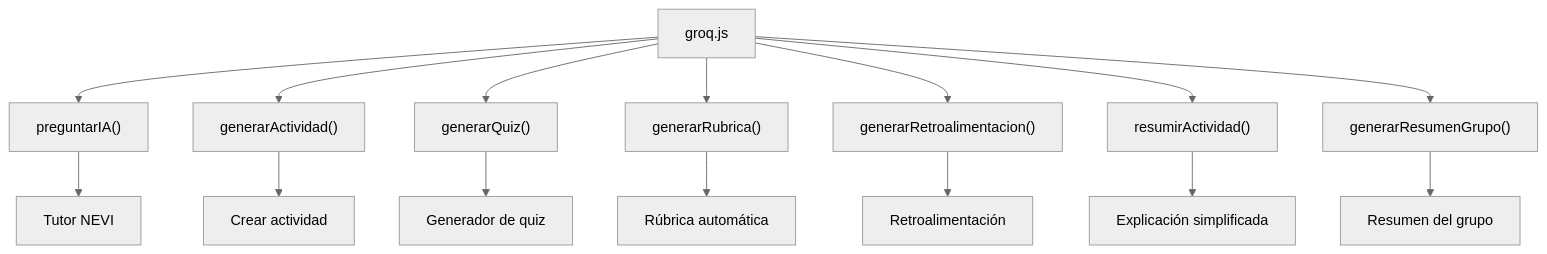
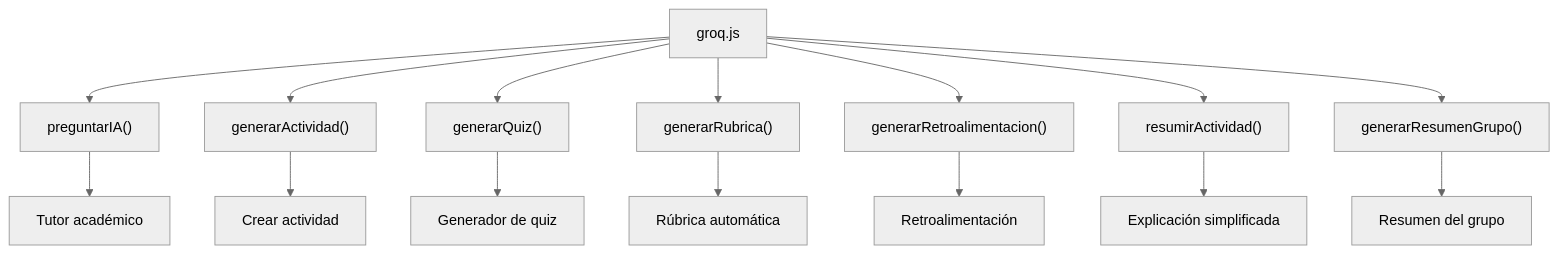
The eighth of 10 diagrams in dossier/08-c4-Trazabilidad.md (pinzon0930-boop/NEVI), drawn with Mermaid (neutral theme) before and after one commit. The commit also changed other lines of this file, not shown here.

````diff
--- a/dossier/08-c4-Trazabilidad.md
+++ b/dossier/08-c4-Trazabilidad.md
@@ -358,21 +388,21 @@
 ```mermaid
 flowchart TD
 
     G["groq.js"]
 
     G --> A["preguntarIA()"]
     G --> B["generarActividad()"]
     G --> C["generarQuiz()"]
     G --> D["generarRubrica()"]
     G --> E["generarRetroalimentacion()"]
     G --> F["resumirActividad()"]
     G --> H["generarResumenGrupo()"]
 
-    A --> A1["Tutor NEVI"]
+    A --> A1["Tutor académico"]
     B --> B1["Crear actividad"]
     C --> C1["Generador de quiz"]
     D --> D1["Rúbrica automática"]
     E --> E1["Retroalimentación"]
     F --> F1["Explicación simplificada"]
     H --> H1["Resumen del grupo"]
 ```
````
